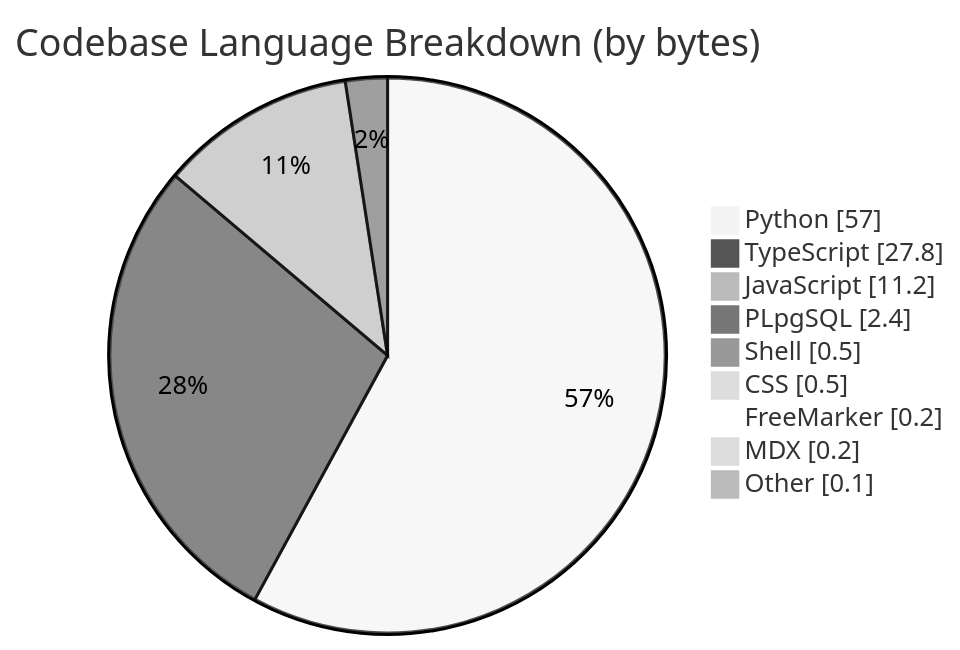
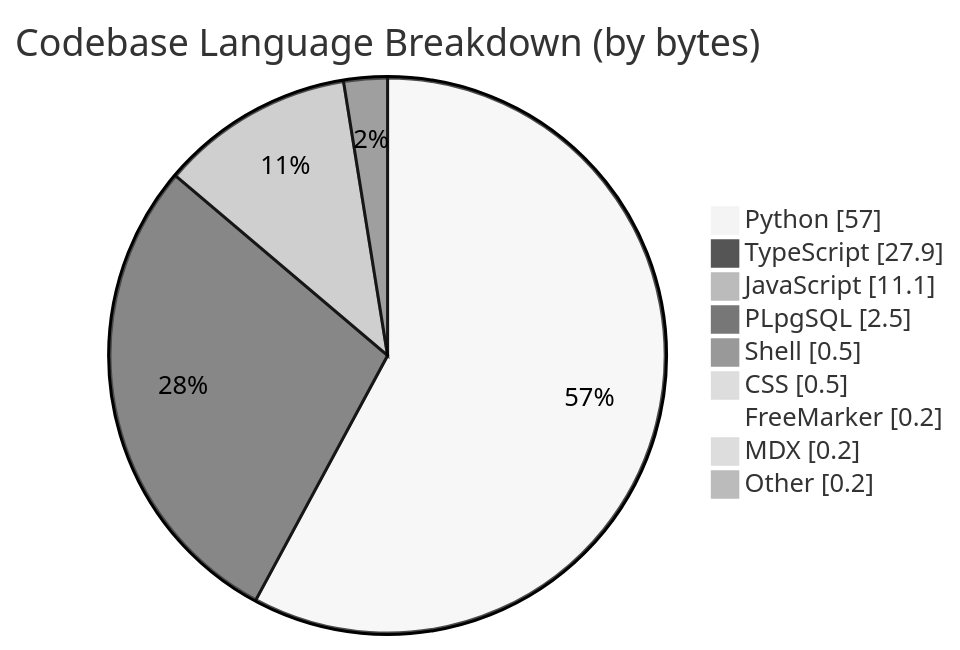
Before and after one commit to CSTH-Projects/.github: the third of 4 diagrams in profile/README.md, drawn with Mermaid (neutral theme). The commit also changed other lines of this file, not shown here.

````diff
--- a/profile/README.md
+++ b/profile/README.md
@@ -63,13 +63,13 @@
 ```mermaid
 pie showData
     title Codebase Language Breakdown (by bytes)
     "Python" : 57.0
-    "TypeScript" : 27.8
-    "JavaScript" : 11.2
-    "PLpgSQL" : 2.4
+    "TypeScript" : 27.9
+    "JavaScript" : 11.1
+    "PLpgSQL" : 2.5
     "Shell" : 0.5
     "CSS" : 0.5
     "FreeMarker" : 0.2
     "MDX" : 0.2
-    "Other" : 0.1
+    "Other" : 0.2
 ```
````
